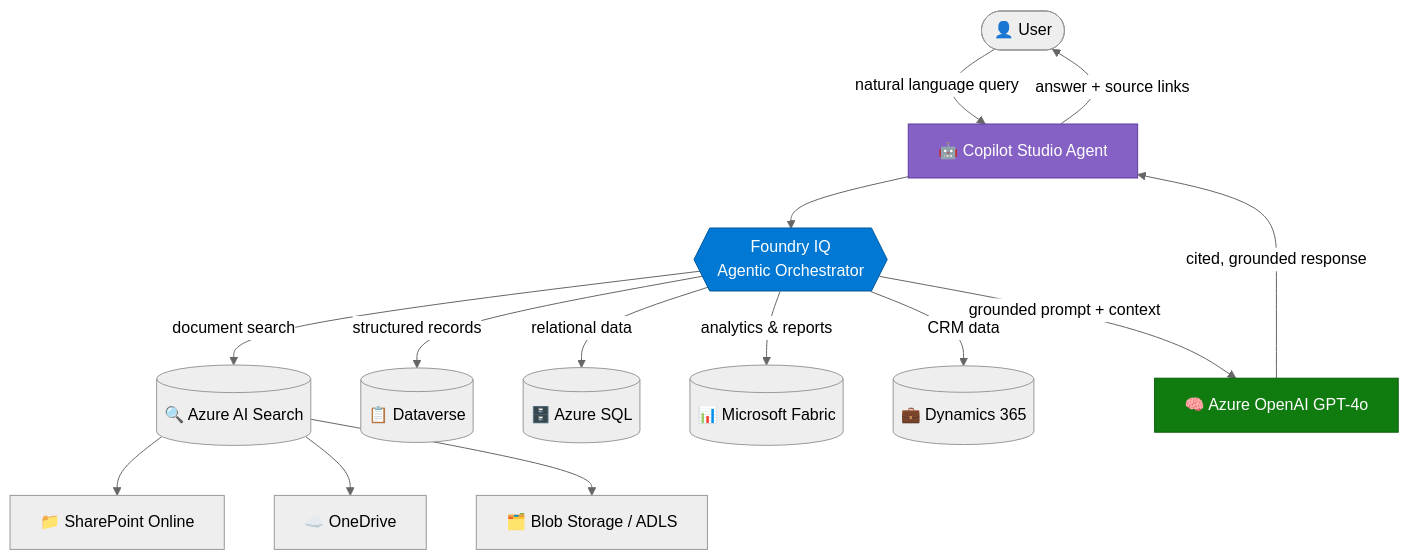
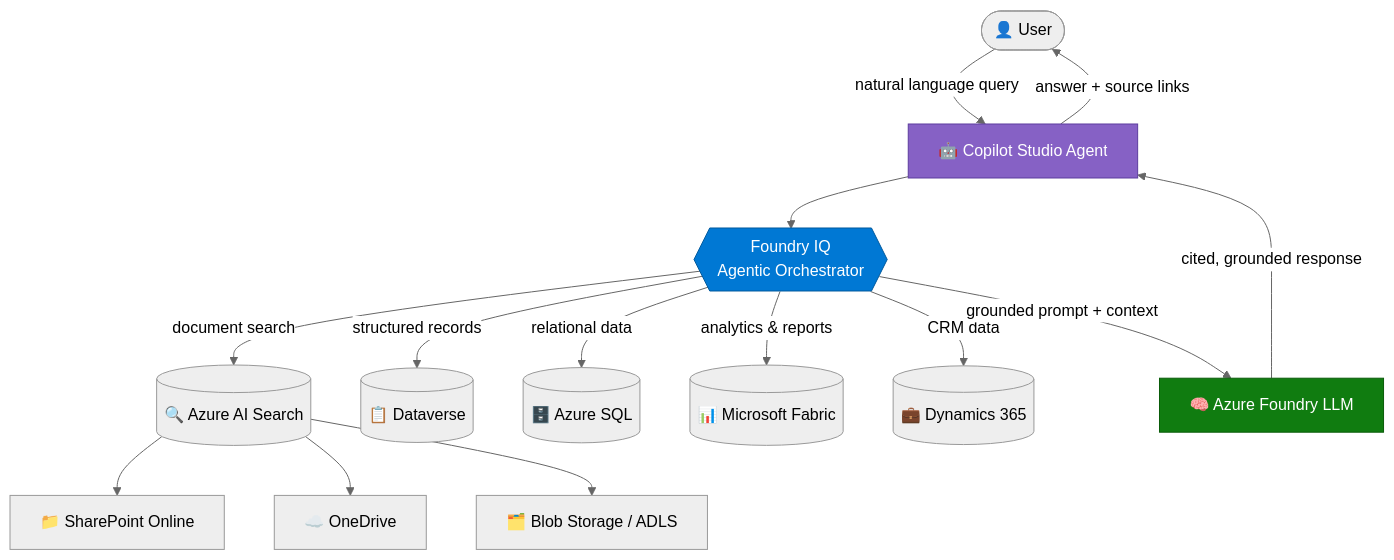
Before and after one commit to microsoft/ai-agent-runbooks: the first of 5 diagrams in 02-patterns/0.Resources/Enterprise_RAG_Pattern_Fixed.md, drawn with Mermaid (neutral theme).

Commit message:
Update Azure OpenAI reference in RAG pattern

````diff
--- a/02-patterns/0.Resources/Enterprise_RAG_Pattern_Fixed.md
+++ b/02-patterns/0.Resources/Enterprise_RAG_Pattern_Fixed.md
@@ -24,25 +24,25 @@
 ```mermaid
 flowchart TD
     U([👤 User]) -->|natural language query| CS[🤖 Copilot Studio Agent]
 
     CS --> FIQ{{Foundry IQ\nAgentic Orchestrator}}
 
     FIQ -->|document search| AIS[(🔍 Azure AI Search)]
     FIQ -->|structured records| DV[(📋 Dataverse)]
     FIQ -->|relational data| SQL[(🗄️ Azure SQL)]
     FIQ -->|analytics & reports| FAB[(📊 Microsoft Fabric)]
     FIQ -->|CRM data| CRM[(💼 Dynamics 365)]
 
     AIS --> SP[📁 SharePoint Online]
     AIS --> OD[☁️ OneDrive]
     AIS --> BLOB[🗂️ Blob Storage / ADLS]
 
-    FIQ -->|grounded prompt + context| AOAI[🧠 Azure OpenAI GPT-4o]
+    FIQ -->|grounded prompt + context| AOAI[🧠 Azure Foundry LLM]
 
     AOAI -->|cited, grounded response| CS
     CS -->|answer + source links| U
 
     style FIQ fill:#0078d4,color:#fff,stroke:#005a9e
     style AOAI fill:#107c10,color:#fff,stroke:#0a5c0a
     style CS fill:#8661c5,color:#fff,stroke:#5c3d9e
 ```
````
